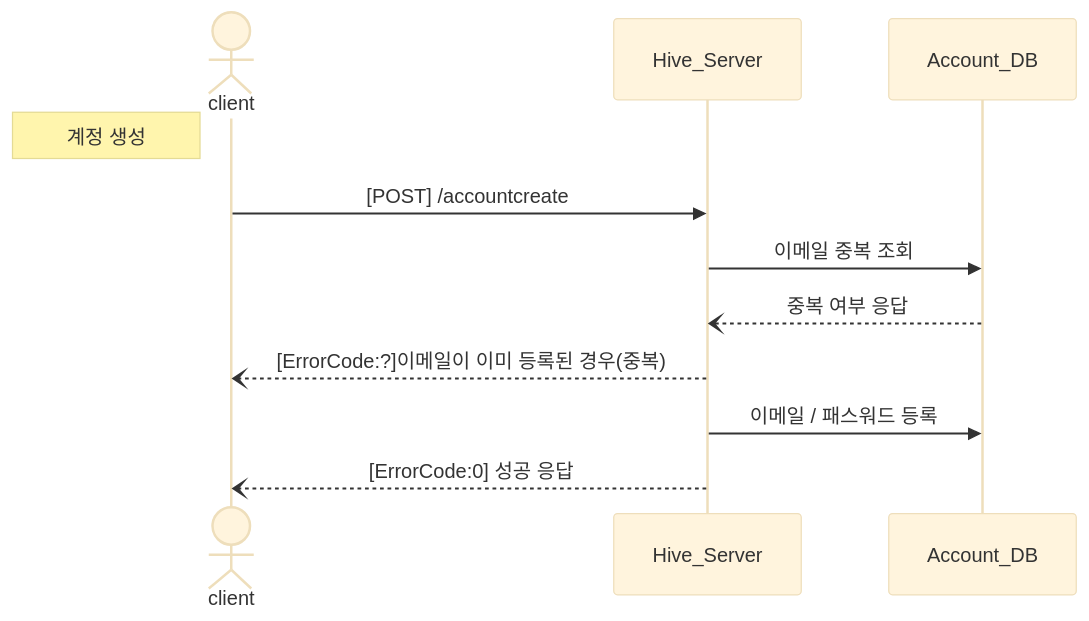
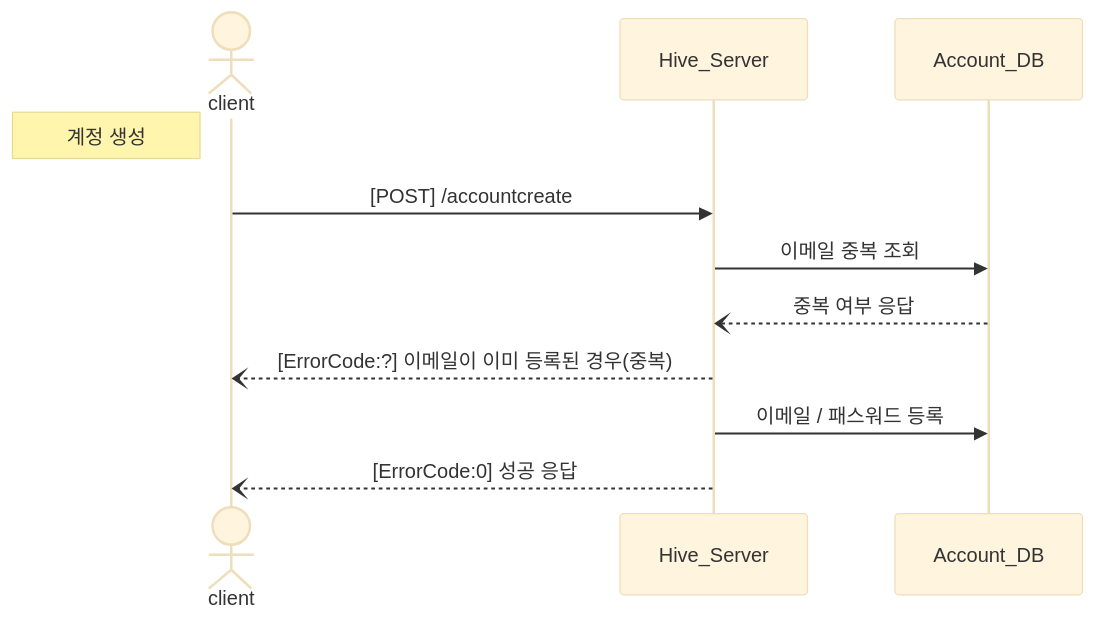
The first of 4 diagrams in README.md (KongJJoki/OmokProj), drawn with Mermaid (base theme) before and after one commit. The commit also changed other lines of this file, not shown here.

````diff
--- a/README.md
+++ b/README.md
@@ -48,15 +48,15 @@
 ```mermaid
 sequenceDiagram
     actor A as client
     participant B as Hive_Server
     participant C as Account_DB
 
     %% 계정 생성
     note left of A: 계정 생성
     A->>B: [POST] /accountcreate
     B->>C: 이메일 중복 조회
     C--)B: 중복 여부 응답
-    B--)A: [ErrorCode:?]이메일이 이미 등록된 경우(중복)
+    B--)A: [ErrorCode:?] 이메일이 이미 등록된 경우(중복)
     B->>C: 이메일 / 패스워드 등록
     B--)A: [ErrorCode:0] 성공 응답
 ```
````
